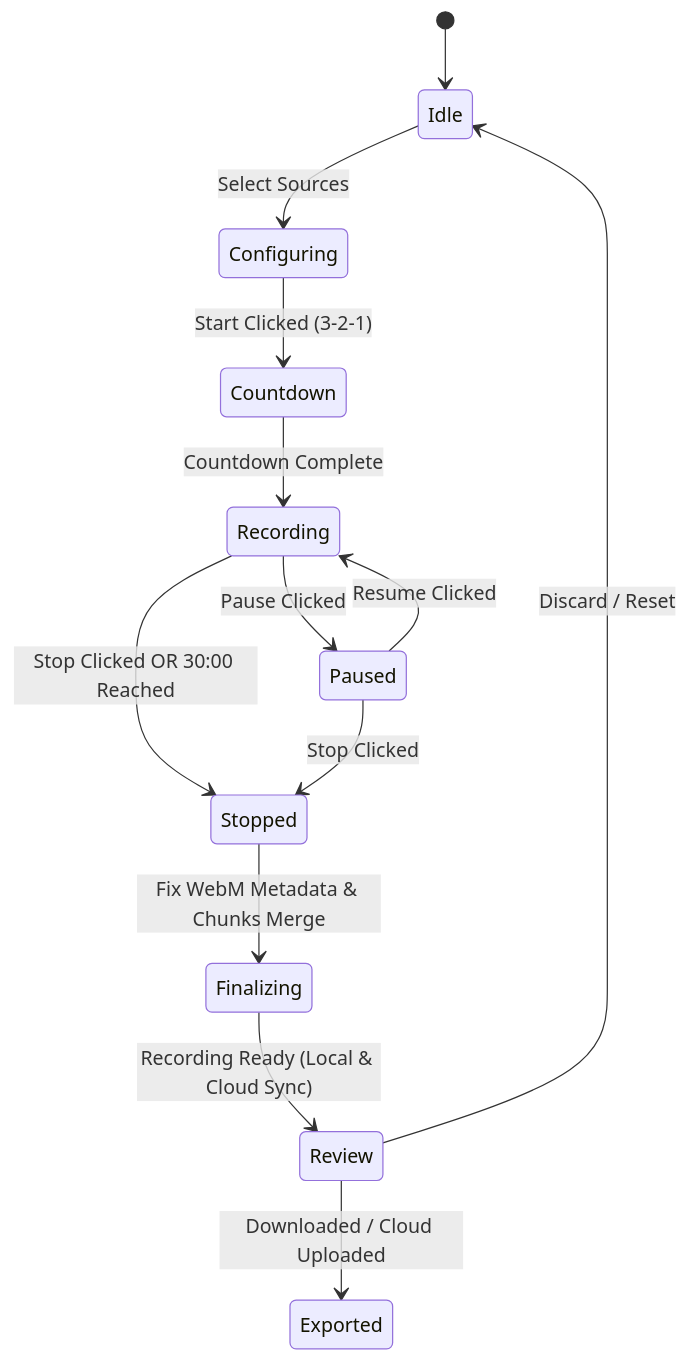
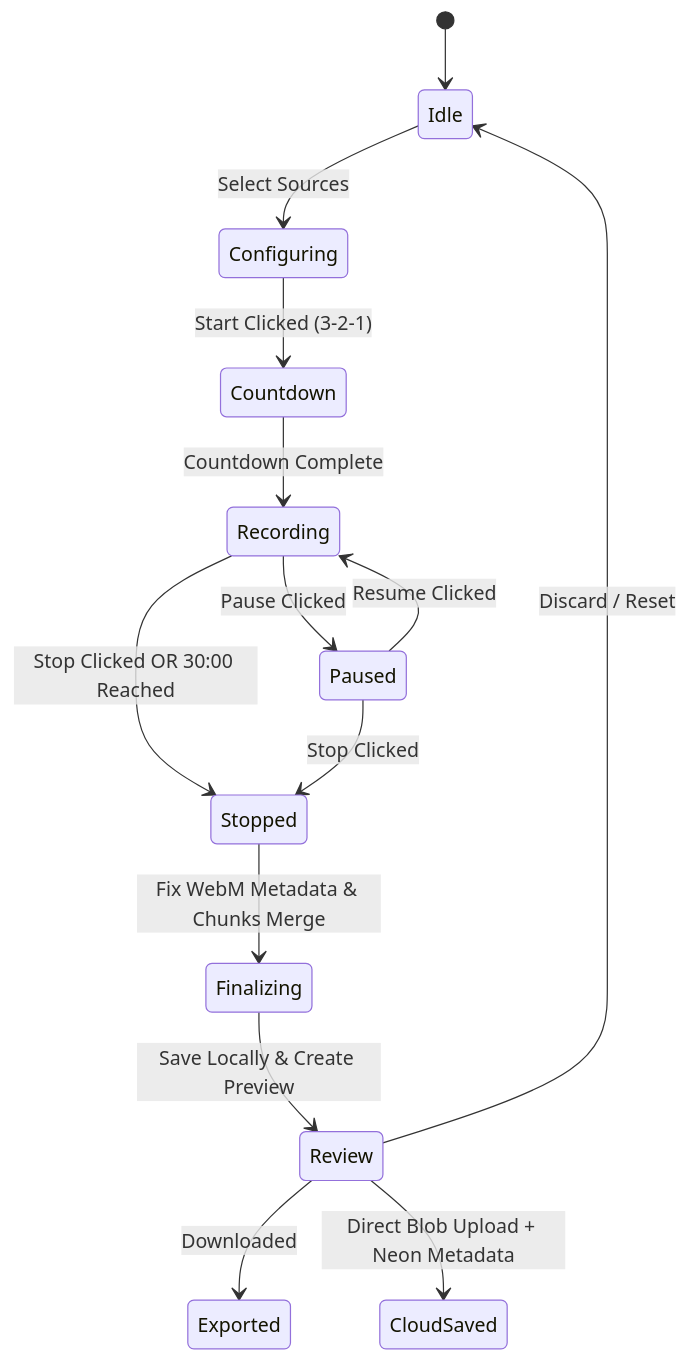
One commit to caoquanghung/recordweb changed the second of 4 diagrams in docs/system_architecture.md. Above: the diagram before and after it, drawn with Mermaid. The commit also changed other lines of this file and 8 other files, not shown here.

````diff
--- a/docs/system_architecture.md
+++ b/docs/system_architecture.md
@@ -163,15 +117,16 @@
 ```mermaid
 stateDiagram-v2
     [*] --> Idle
     Idle --> Configuring: Select Sources
     Configuring --> Countdown: Start Clicked (3-2-1)
     Countdown --> Recording: Countdown Complete
     Recording --> Paused: Pause Clicked
     Paused --> Recording: Resume Clicked
     Recording --> Stopped: Stop Clicked OR 30:00 Reached
     Paused --> Stopped: Stop Clicked
     Stopped --> Finalizing: Fix WebM Metadata & Chunks Merge
-    Finalizing --> Review: Recording Ready (Local & Cloud Sync)
+    Finalizing --> Review: Save Locally & Create Preview
     Review --> Idle: Discard / Reset
-    Review --> Exported: Downloaded / Cloud Uploaded
+    Review --> Exported: Downloaded
+    Review --> CloudSaved: Direct Blob Upload + Neon Metadata
 ```
````
